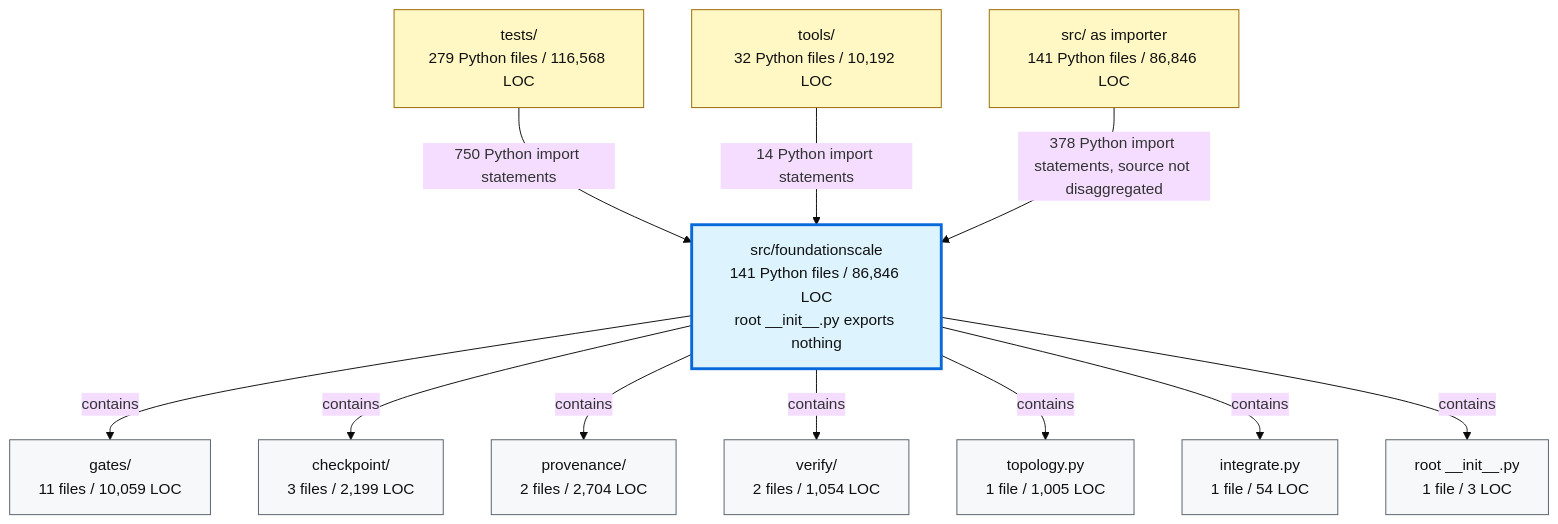
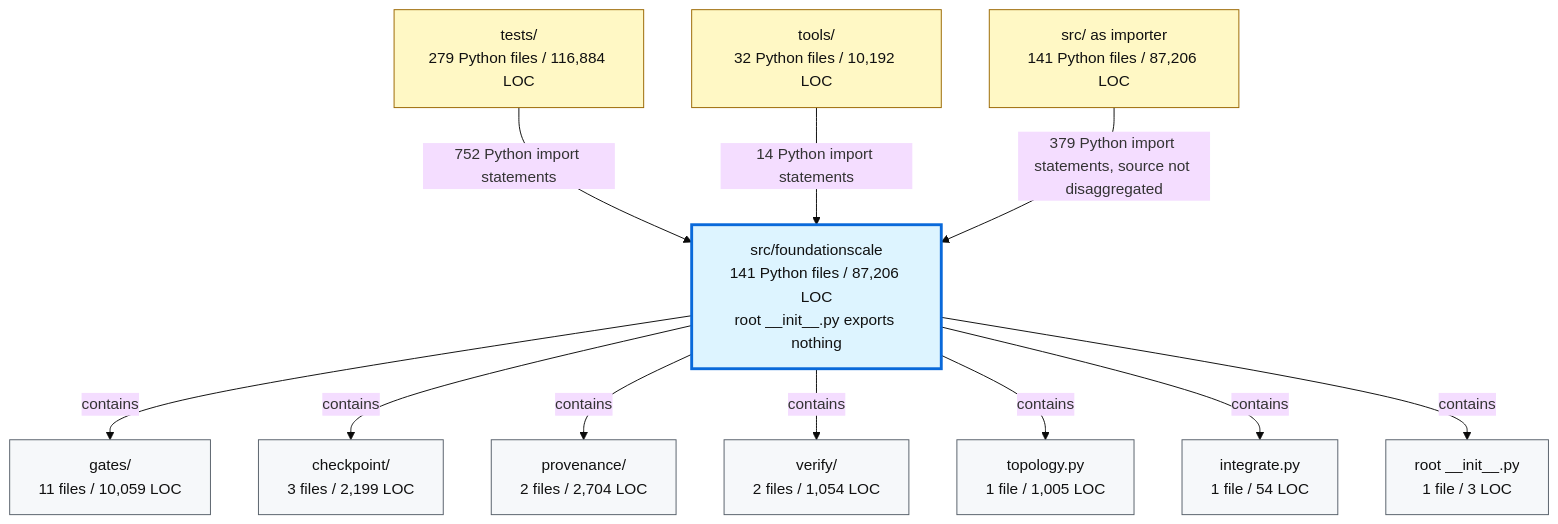
Before and after one commit to TranNhiem/FoundationScale: the second of 2 diagrams in docs/review/D2_current_architecture.md, drawn with Mermaid (base theme). The commit also changed other lines of this file and 10 other files, not shown here.

````diff
--- a/docs/review/D2_current_architecture.md
+++ b/docs/review/D2_current_architecture.md
@@ -97,36 +97,36 @@
 ```mermaid
 flowchart TB
-  TESTS["tests/<br/>279 Python files / 116,568 LOC"]
+  TESTS["tests/<br/>279 Python files / 116,884 LOC"]
   TOOLS["tools/<br/>32 Python files / 10,192 LOC"]
-  SRC["src/ as importer<br/>141 Python files / 86,846 LOC"]
+  SRC["src/ as importer<br/>141 Python files / 87,206 LOC"]
 
-  FS["src/foundationscale<br/>141 Python files / 86,846 LOC<br/>root __init__.py exports nothing"]
+  FS["src/foundationscale<br/>141 Python files / 87,206 LOC<br/>root __init__.py exports nothing"]
 
   GATES["gates/<br/>11 files / 10,059 LOC"]
   CKPT["checkpoint/<br/>3 files / 2,199 LOC"]
   PROV["provenance/<br/>2 files / 2,704 LOC"]
   VERIFY["verify/<br/>2 files / 1,054 LOC"]
   TOPO["topology.py<br/>1 file / 1,005 LOC"]
   INTEG["integrate.py<br/>1 file / 54 LOC"]
   ROOT["root __init__.py<br/>1 file / 3 LOC"]
 
-  TESTS -->|"750 Python import statements"| FS
+  TESTS -->|"752 Python import statements"| FS
   TOOLS -->|"14 Python import statements"| FS
-  SRC -->|"378 Python import statements, source not disaggregated"| FS
+  SRC -->|"379 Python import statements, source not disaggregated"| FS
 
   FS -->|"contains"| GATES
   FS -->|"contains"| CKPT
   FS -->|"contains"| PROV
   FS -->|"contains"| VERIFY
   FS -->|"contains"| TOPO
   FS -->|"contains"| INTEG
   FS -->|"contains"| ROOT
 
   classDef consumer fill:#fff8c5,stroke:#9a6700,color:#111;
   classDef package fill:#ddf4ff,stroke:#0969da,stroke-width:3px,color:#111;
   classDef module fill:#f6f8fa,stroke:#57606a,color:#111;
 
   class TESTS,TOOLS,SRC consumer;
   class FS package;
   class GATES,CKPT,PROV,VERIFY,TOPO,INTEG,ROOT module;
 ```
````
